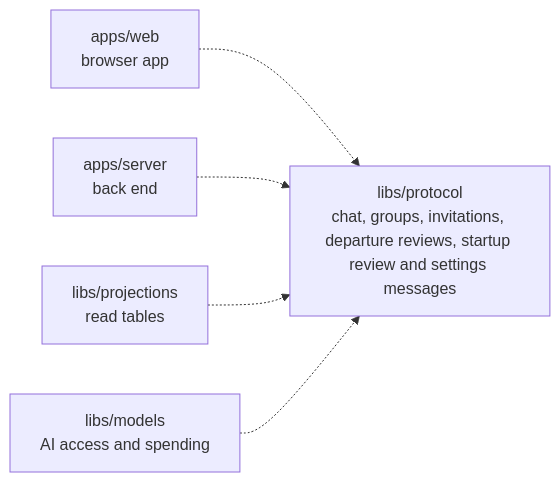
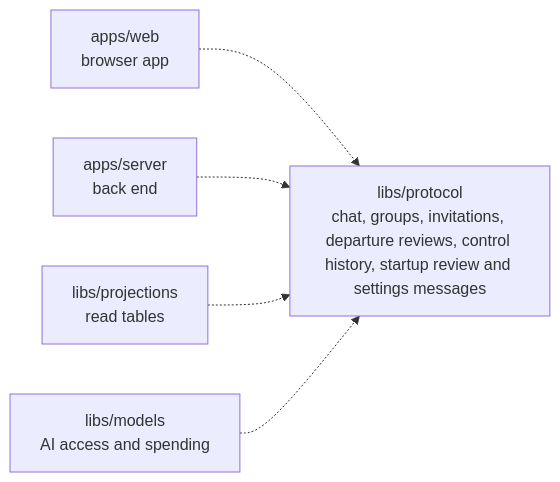
One commit to elewa-git/opencrane-new changed the diagram in libs/protocol/README.md. Above: the diagram before and after it, drawn with Mermaid. The commit also changed other lines of this file and 36 other files, not shown here.

````diff
--- a/libs/protocol/README.md
+++ b/libs/protocol/README.md
@@ -11,7 +11,7 @@
 ```mermaid
 flowchart LR
-  web["apps/web<br/>browser app"] -.-> protocol["libs/protocol<br/>chat, groups, invitations, departure reviews, startup review and settings messages"]
+  web["apps/web<br/>browser app"] -.-> protocol["libs/protocol<br/>chat, groups, invitations, departure reviews, control history, startup review and settings messages"]
   server["apps/server<br/>back end"] -.-> protocol
   projections["libs/projections<br/>read tables"] -.-> protocol
   models["libs/models<br/>AI access and spending"] -.-> protocol
 ```
````
